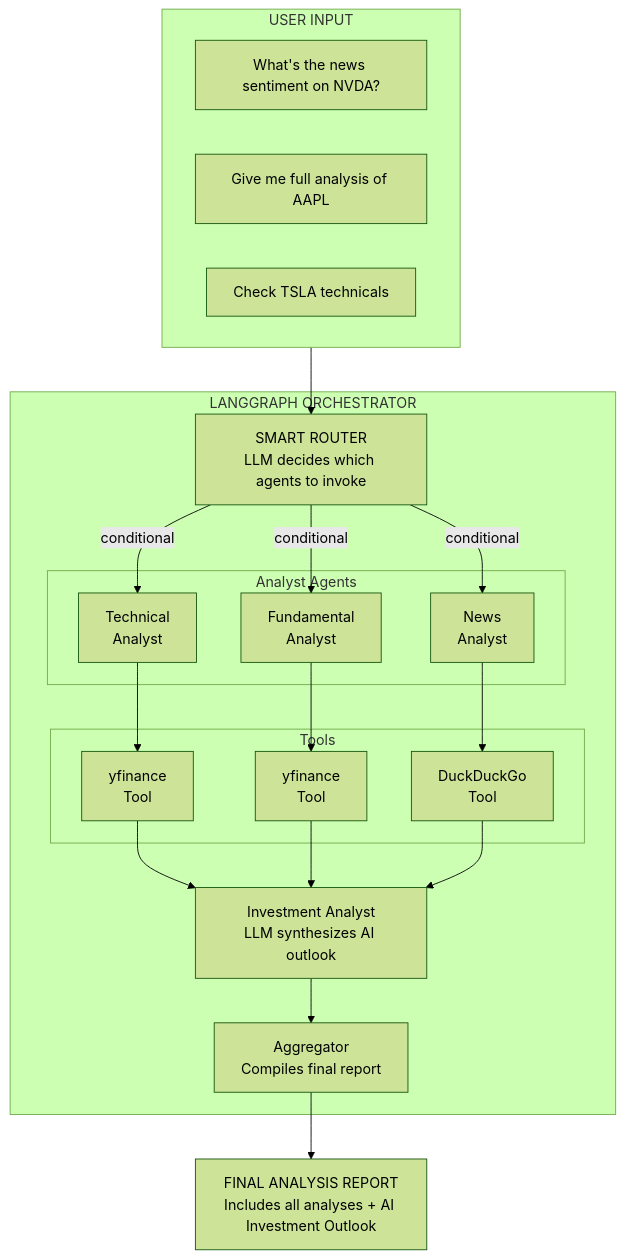
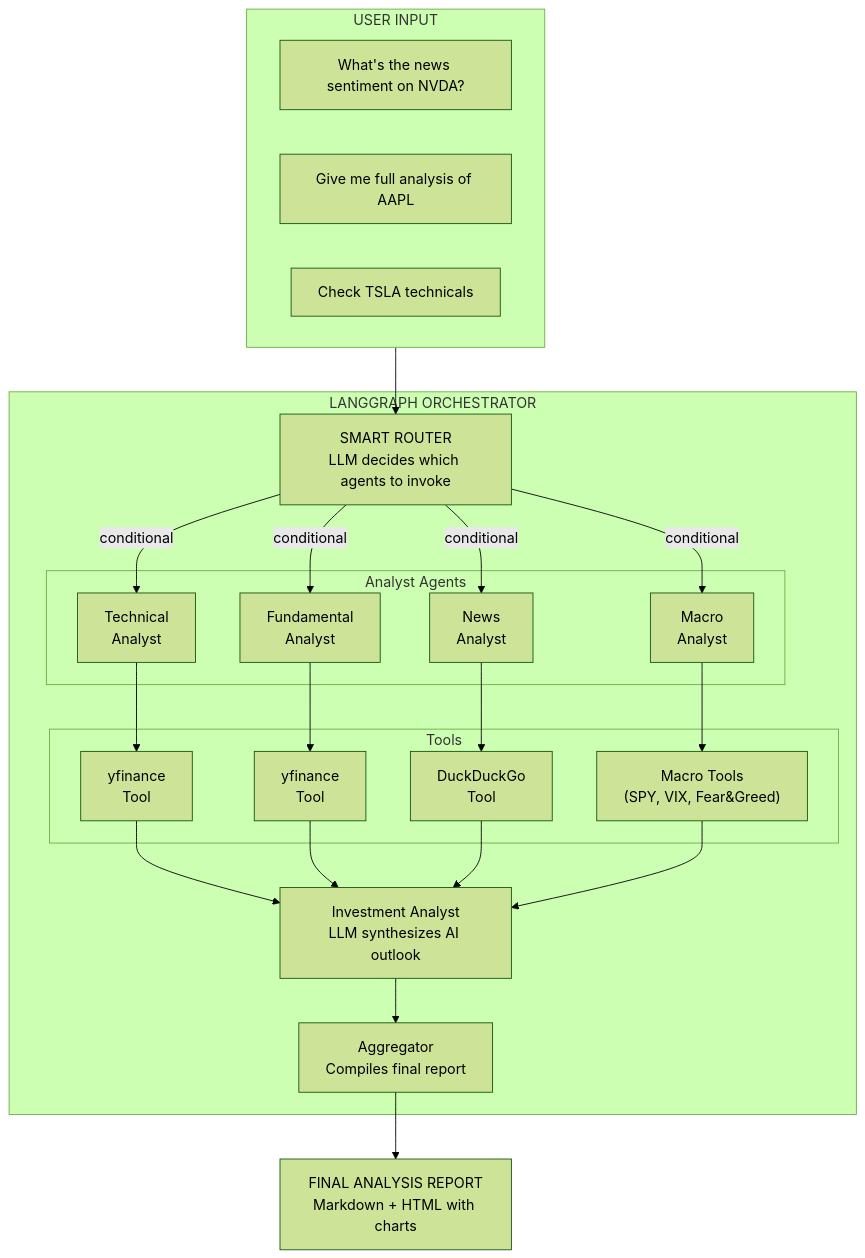
One commit to michaelzus/ThinkOnlyOnce changed the first of 2 diagrams in docs/SDD.md. Above: the diagram before and after it, drawn with Mermaid (forest theme). The commit also changed other lines of this file and 1 other file, not shown here.

````diff
--- a/docs/SDD.md
+++ b/docs/SDD.md
@@ -40,42 +41,47 @@
 ```mermaid
 flowchart TB
     subgraph Input["USER INPUT"]
         Q1["What's the news sentiment on NVDA?"]
         Q2["Give me full analysis of AAPL"]
         Q3["Check TSLA technicals"]
     end
 
     subgraph Orchestrator["LANGGRAPH ORCHESTRATOR"]
         Router["SMART ROUTER<br/>LLM decides which agents to invoke"]
         
         Router -->|conditional| TA
         Router -->|conditional| FA
         Router -->|conditional| NA
+        Router -->|conditional| MA
         
         subgraph Agents["Analyst Agents"]
             TA["Technical<br/>Analyst"]
             FA["Fundamental<br/>Analyst"]
             NA["News<br/>Analyst"]
+            MA["Macro<br/>Analyst"]
         end
         
         subgraph Tools["Tools"]
             YF1["yfinance<br/>Tool"]
             YF2["yfinance<br/>Tool"]
             DDG["DuckDuckGo<br/>Tool"]
+            MACRO["Macro Tools<br/>(SPY, VIX, Fear&Greed)"]
         end
         
         TA --> YF1
         FA --> YF2
         NA --> DDG
+        MA --> MACRO
         
         YF1 --> IA
         YF2 --> IA
         DDG --> IA
+        MACRO --> IA
         
         IA["Investment Analyst<br/>LLM synthesizes AI outlook"]
         IA --> Agg["Aggregator<br/>Compiles final report"]
     end
 
     Input --> Router
-    Agg --> Report["FINAL ANALYSIS REPORT<br/>Includes all analyses + AI Investment Outlook"]
+    Agg --> Report["FINAL ANALYSIS REPORT<br/>Markdown + HTML with charts"]
 ```
````
